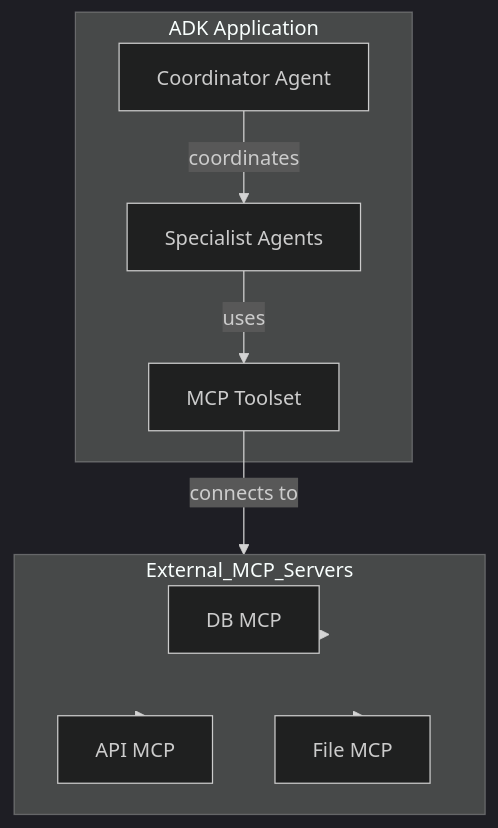
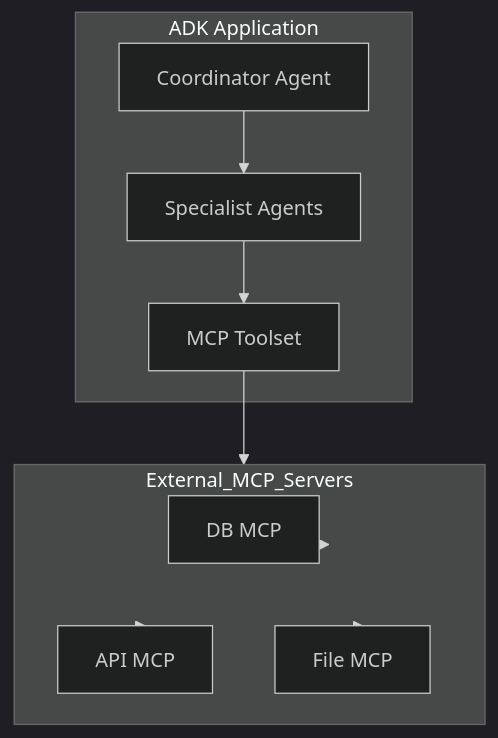
Before and after one commit to giridharmb/mcp: the first of 3 diagrams in adk_architecture_guide.md, drawn with Mermaid (dark theme). The commit also changed other lines of this file, not shown here.

````diff
--- a/adk_architecture_guide.md
+++ b/adk_architecture_guide.md
@@ -36,18 +36,18 @@
 ```mermaid
 graph TD
     subgraph ADK_Application[ADK Application]
         Coordinator[Coordinator Agent]
         Specialist[Specialist Agents]
-        Coordinator -->|coordinates| Specialist
-        Specialist -->|uses| MCP_Toolset[MCP Toolset]
+        Coordinator --> Specialist
+        Specialist --> MCP_Toolset[MCP Toolset]
     end
-    MCP_Toolset -->|connects to| External_MCP_Servers[External MCP Servers]
+    MCP_Toolset --> External_MCP_Servers[External MCP Servers]
     subgraph External_MCP_Servers
         DB_MCP[DB MCP]
         API_MCP[API MCP]
         File_MCP[File MCP]
     end
     External_MCP_Servers --> DB_MCP
     External_MCP_Servers --> API_MCP
     External_MCP_Servers --> File_MCP
 ```
````
